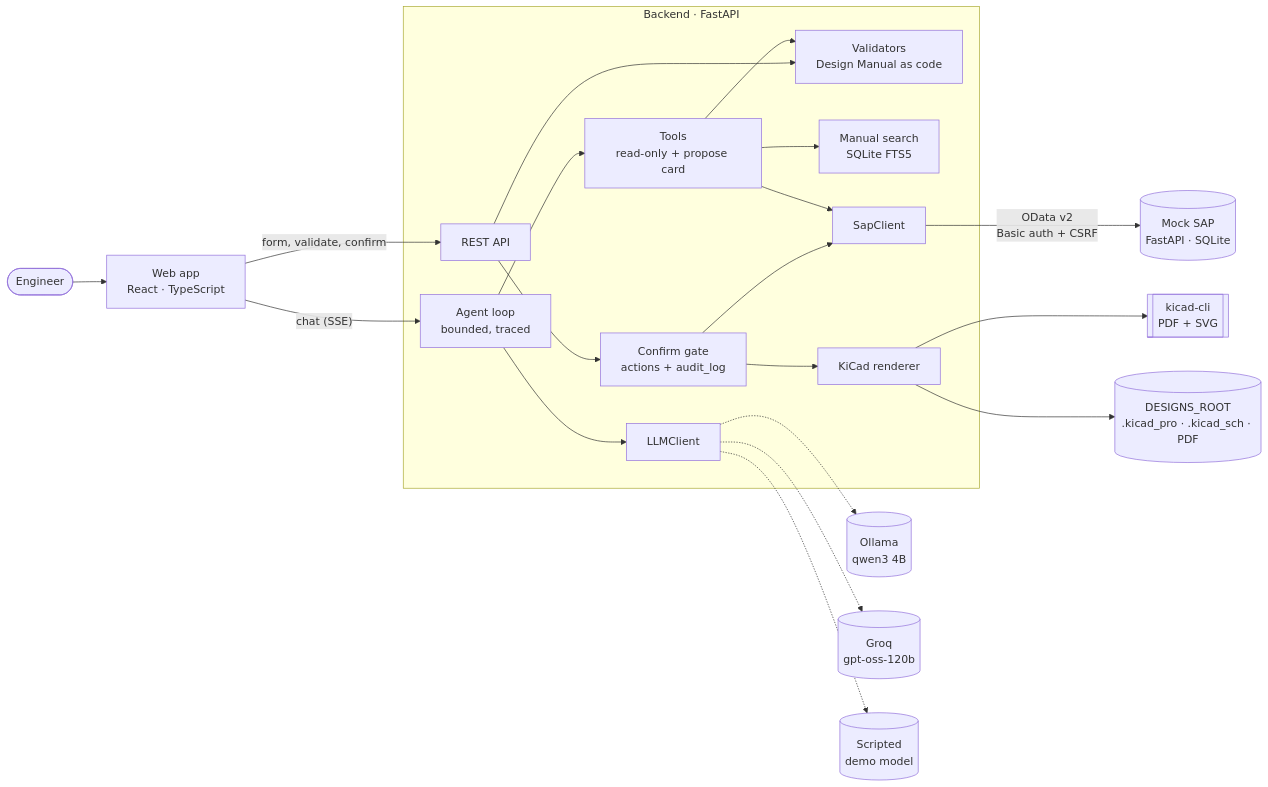
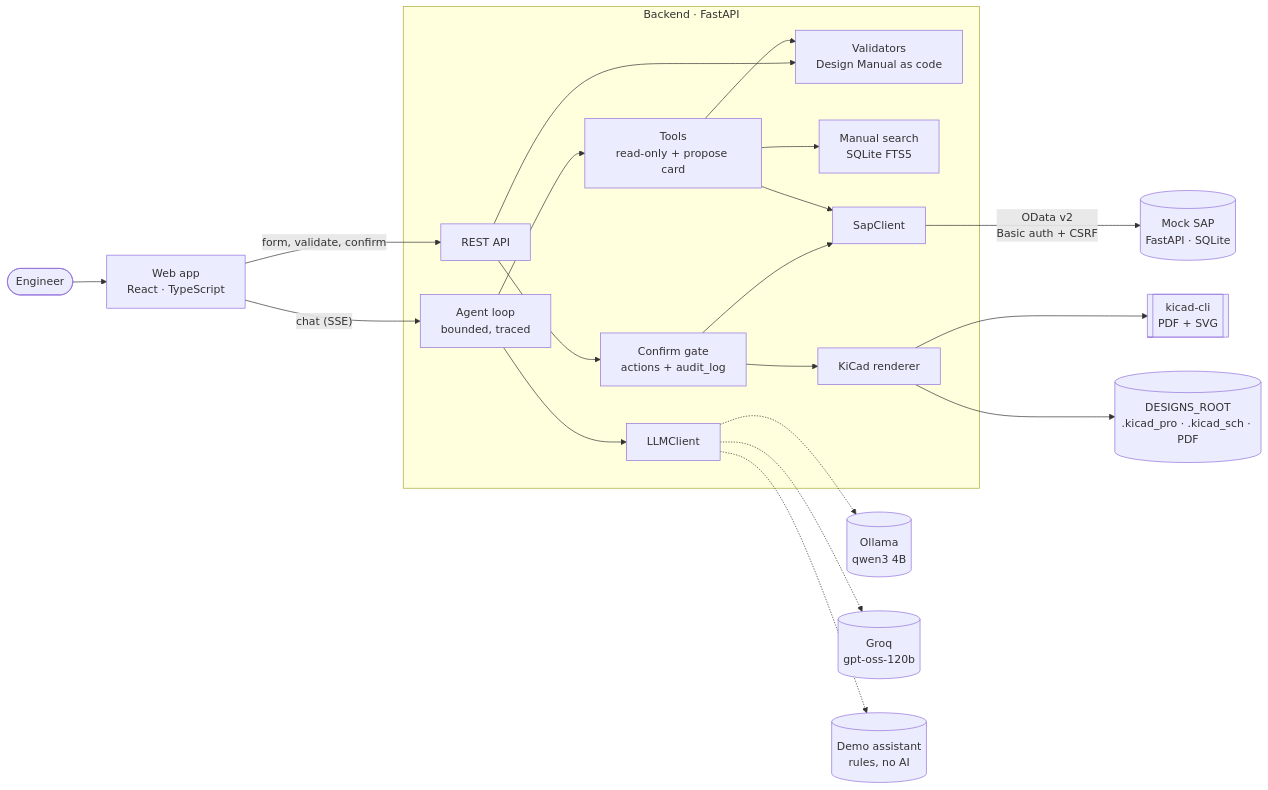
The diagram in README.md (carlosgild-web/hl-create-design), drawn with Mermaid before and after one commit. The commit also changed other lines of this file and 6 other files, not shown here.

Commit message:
docs: demo assistant in README, manual and Q&A; decision 0025; 9e status; Q5 answered

````diff
--- a/README.md
+++ b/README.md
@@ -74,34 +76,34 @@
 ```mermaid
 flowchart LR
     user([Engineer]) --> ui["Web app<br/>React · TypeScript"]
     ui -- "chat (SSE)" --> agent
     ui -- "form, validate, confirm" --> api
 
     subgraph backend["Backend · FastAPI"]
         api["REST API"]
         agent["Agent loop<br/>bounded, traced"]
         tools["Tools<br/>read-only + propose card"]
         rules["Validators<br/>Design Manual as code"]
         manual["Manual search<br/>SQLite FTS5"]
         actions["Confirm gate<br/>actions + audit_log"]
         renderer["KiCad renderer"]
         sapc["SapClient"]
         llm["LLMClient"]
     end
 
     agent --> llm
     llm -.-> ollama[("Ollama<br/>qwen3 4B")]
     llm -.-> groq[("Groq<br/>gpt-oss-120b")]
-    llm -.-> fake[("Scripted<br/>demo model")]
+    llm -.-> demo[("Demo assistant<br/>rules, no AI")]
     agent --> tools
     tools --> rules
     tools --> manual
     tools --> sapc
     api --> rules
     api --> actions
     actions --> sapc
     actions --> renderer
     renderer --> kicad[["kicad-cli<br/>PDF + SVG"]]
     renderer --> files[("DESIGNS_ROOT<br/>.kicad_pro · .kicad_sch · PDF")]
     sapc -- "OData v2<br/>Basic auth + CSRF" --> sap[("Mock SAP<br/>FastAPI · SQLite")]
 ```
````
